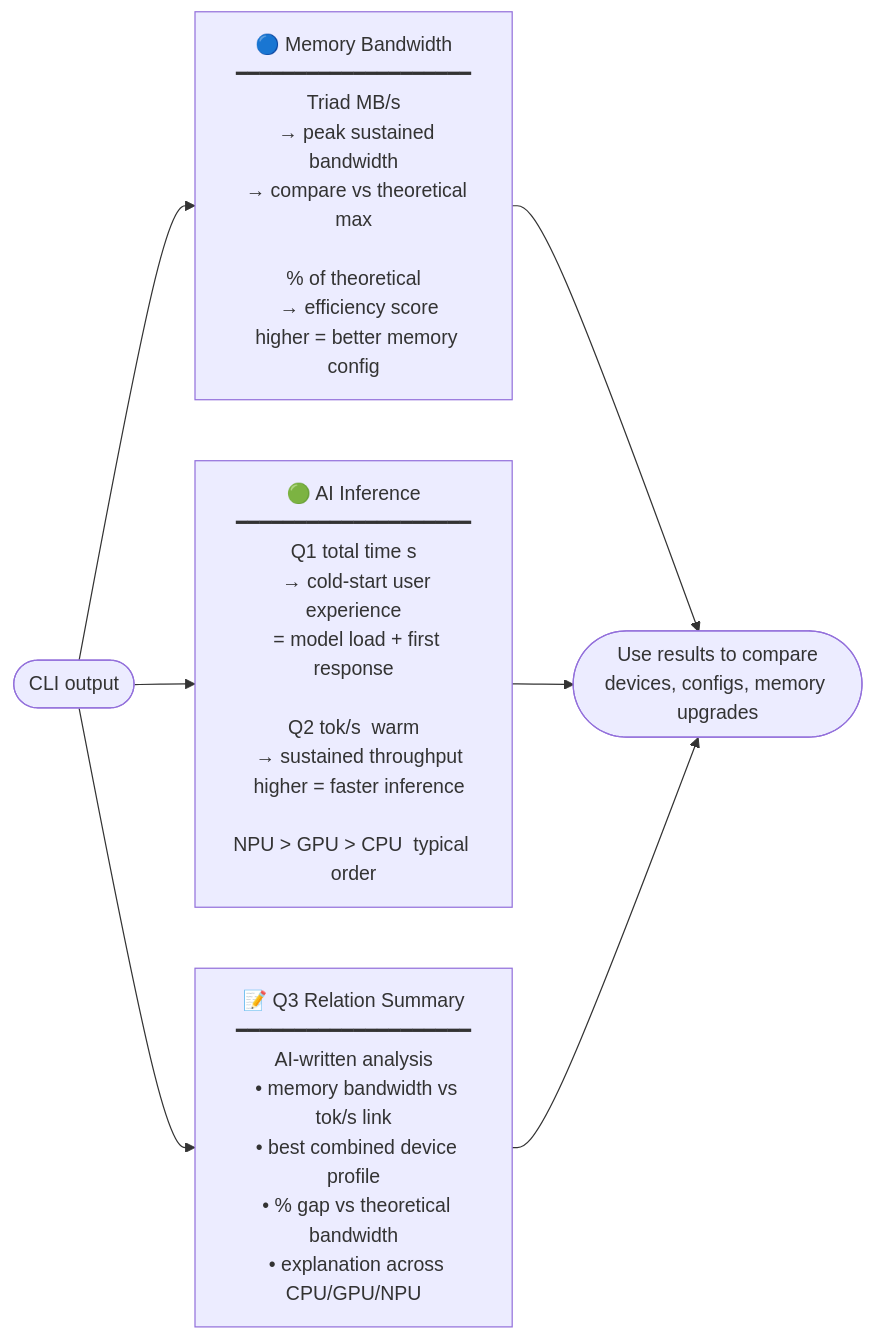
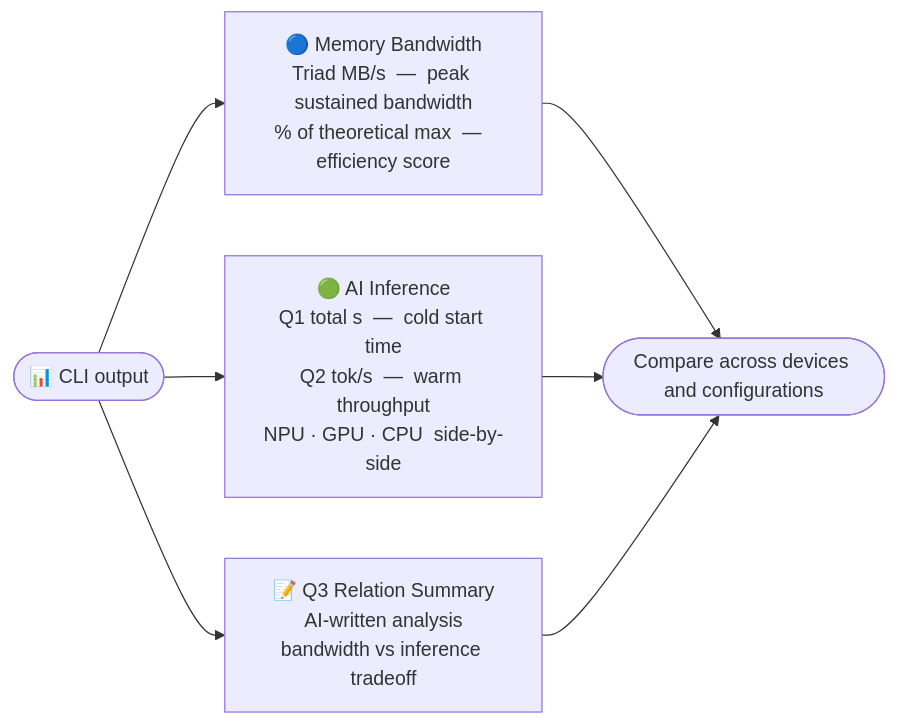
The second of 2 diagrams in README.md (tsjeremy/StreamBench), drawn with Mermaid before and after one commit. The commit also changed other lines of this file, not shown here.

First line of the commit message:
docs: simplify Mermaid diagrams for readability

````diff
--- a/README.md
+++ b/README.md
@@ -383,12 +373,12 @@
 ```mermaid
 flowchart LR
-    A(["CLI output"]) --> B & C & D
+    A(["📊 CLI output"]) --> B & C & D
 
-    B["🔵 Memory Bandwidth\n━━━━━━━━━━━━━━━━━━━━\nTriad MB/s\n  → peak sustained bandwidth\n  → compare vs theoretical max\n\n% of theoretical\n  → efficiency score\n  higher = better memory config"]
+    B["🔵 Memory Bandwidth<br/>Triad MB/s  —  peak sustained bandwidth<br/>% of theoretical max  —  efficiency score"]
 
-    C["🟢 AI Inference\n━━━━━━━━━━━━━━━━━━━━\nQ1 total time s\n  → cold-start user experience\n  = model load + first response\n\nQ2 tok/s  warm\n  → sustained throughput\n  higher = faster inference\n\nNPU > GPU > CPU  typical order"]
+    C["🟢 AI Inference<br/>Q1 total s  —  cold start time<br/>Q2 tok/s  —  warm throughput<br/>NPU · GPU · CPU  side-by-side"]
 
-    D["📝 Q3 Relation Summary\n━━━━━━━━━━━━━━━━━━━━\nAI-written analysis\n  • memory bandwidth vs tok/s link\n  • best combined device profile\n  • % gap vs theoretical bandwidth\n  • explanation across CPU/GPU/NPU"]
+    D["📝 Q3 Relation Summary<br/>AI-written analysis<br/>bandwidth vs inference tradeoff"]
 
-    B & C & D --> E(["Use results to compare\ndevices, configs, memory upgrades"])
+    B & C & D --> E(["Compare across devices and configurations"])
 ```
````
